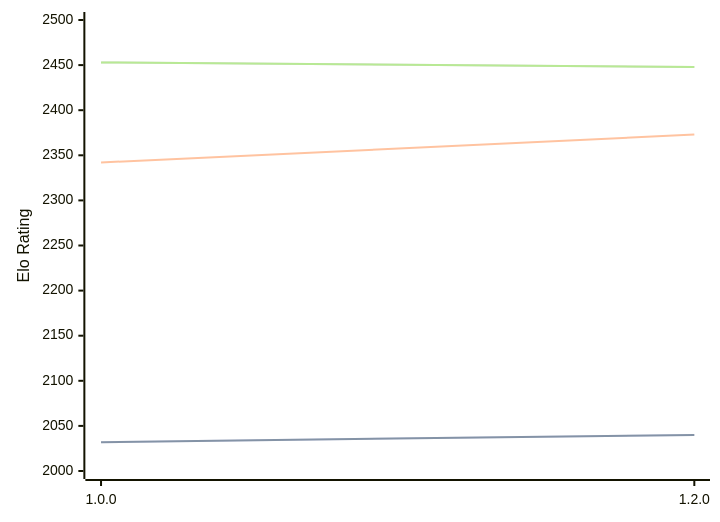
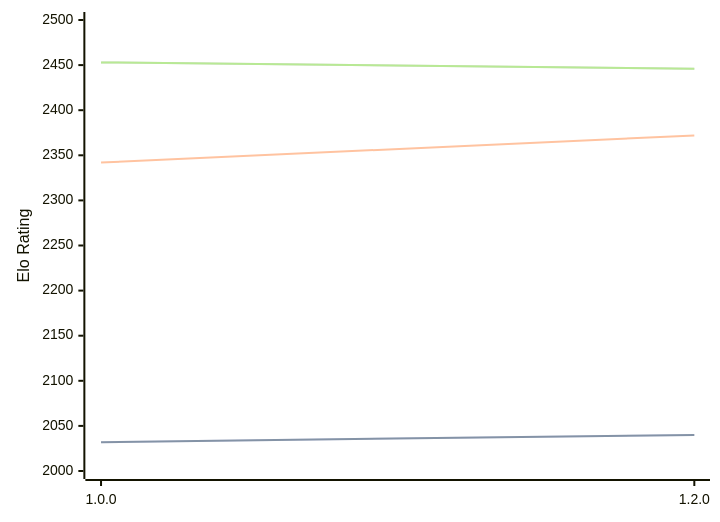
The diagram in engines/Basilisk.md (computer-chess-index/cci), drawn with Mermaid before and after one commit. The commit also changed other lines of this file, not shown here.

Commit message:
Update CCI Ratings (ELO VLTC) - 2026-06-10

````diff
--- a/engines/Basilisk.md
+++ b/engines/Basilisk.md
@@ -47,11 +47,11 @@
 ```mermaid
 %%{init: {"theme":"base","themeVariables":{"seriesColors:['#a3a3a3','#222221','#faa371']}}}%%
 xychart-beta
   x-axis ["1.0.0", "1.2.0"]
   y-axis "Elo Rating" 2000 --> 2500
   line "STC (8.0+0.08s)" [2032, 2040]
   line "STC (8.0+0.08s)" [2032, 2040]
-  line "LTC (60.0+0.60s)" [2342, 2373]
-  line "VLTC (2m24s+1.12s)" [2453, 2448]
-  line "VLTC (2m24s+1.12s)" [2453, 2448]
+  line "LTC (60.0+0.60s)" [2342, 2372]
+  line "VLTC (2m24s+1.12s)" [2453, 2446]
+  line "VLTC (2m24s+1.12s)" [2453, 2446]
 ```
````
